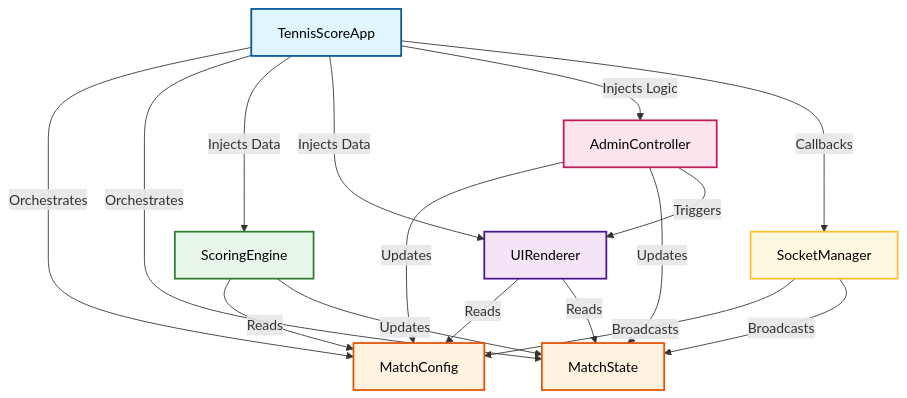
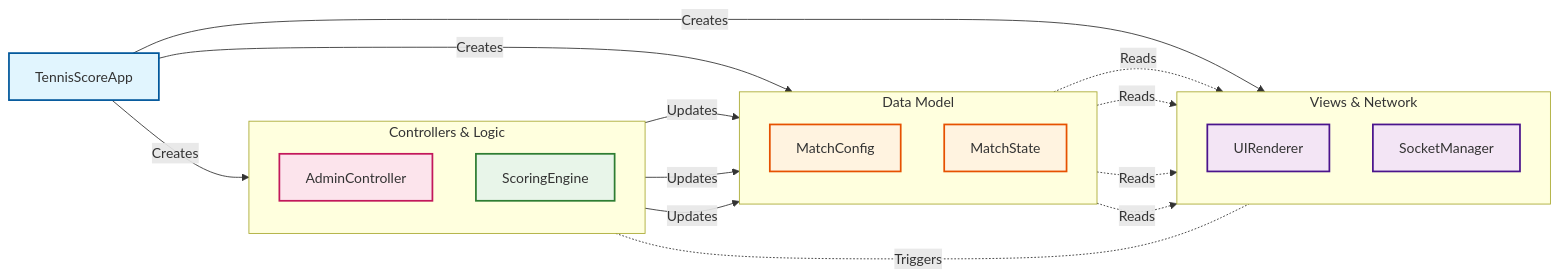
The diagram in README.md (victorvos/tennis-score), drawn with Mermaid before and after one commit.

Commit message:
docs: update architecture Mermaid diagram for improved clarity and structure

````diff
--- a/README.md
+++ b/README.md
@@ -66,35 +66,53 @@
 ```mermaid
-graph TD
-    %% Main Entry Point
-    App[TennisScoreApp] -->|Orchestrates| Config[MatchConfig]
-    App -->|Orchestrates| State[MatchState]
-    
-    %% Dependencies
-    App -->|Injects Data| Scoring[ScoringEngine]
-    App -->|Injects Data| Renderer[UIRenderer]
-    App -->|Injects Logic| Admin[AdminController]
-    App -->|Callbacks| Socket[SocketManager]
+graph LR
+    %% Styling Classes
+    classDef main fill:#e1f5fe,stroke:#01579b,stroke-width:2px
+    classDef control fill:#fce4ec,stroke:#c2185b,stroke-width:2px
+    classDef logic fill:#e8f5e9,stroke:#2e7d32,stroke-width:2px
+    classDef data fill:#fff3e0,stroke:#e65100,stroke-width:2px
+    classDef view fill:#f3e5f5,stroke:#4a148c,stroke-width:2px
 
-    %% Interactions
-    Scoring -->|Reads| Config
+    %% 1. Initialization (Top)
+    App[TennisScoreApp]:::main
+
+    %% 2. Controllers (Left)
+    subgraph Inputs [Controllers & Logic]
+        direction TB
+        Admin[AdminController]:::control
+        Scoring[ScoringEngine]:::logic
+    end
+
+    %% 3. Model (Center)
+    subgraph Model [Data Model]
+        direction TB
+        Config[MatchConfig]:::data
+        State[MatchState]:::data
+    end
+
+    %% 4. Views (Right)
+    subgraph Outputs [Views & Network]
+        direction TB
+        Renderer[UIRenderer]:::view
+        Socket[SocketManager]:::view
+    end
+
+    %% Wiring (Initialization)
+    App -- Creates --> Inputs
+    App -- Creates --> Model
+    App -- Creates --> Outputs
+
+    %% Data Flow (Left to Right)
+    Admin -->|Updates| Config
+    Admin -->|Updates| State
     Scoring -->|Updates| State
 
-    Renderer -->|Reads| Config
-    Renderer -->|Reads| State
+    %% Read Flow
+    Config -.->|Reads| Renderer
+    State -.->|Reads| Renderer
+    
+    Config -.->|Reads| Socket
+    State -.->|Reads| Socket
 
-    Admin -->|Updates| Config
-    Admin -->|Updates| State
-    Admin -->|Triggers| Renderer
-
-    Socket -->|Broadcasts| Config
-    Socket -->|Broadcasts| State
-    
-    %% Styling
-    style App fill:#e1f5fe,stroke:#01579b,stroke-width:2px,color:#000
-    style Config fill:#fff3e0,stroke:#e65100,stroke-width:2px,color:#000
-    style State fill:#fff3e0,stroke:#e65100,stroke-width:2px,color:#000
-    style Scoring fill:#e8f5e9,stroke:#2e7d32,stroke-width:2px,color:#000
-    style Renderer fill:#f3e5f5,stroke:#4a148c,stroke-width:2px,color:#000
-    style Admin fill:#fce4ec,stroke:#c2185b,stroke-width:2px,color:#000
-    style Socket fill:#fff8e1,stroke:#fbc02d,stroke-width:2px,color:#000
+    %% Triggers
+    Admin -.-|Triggers| Renderer
 ```
````
